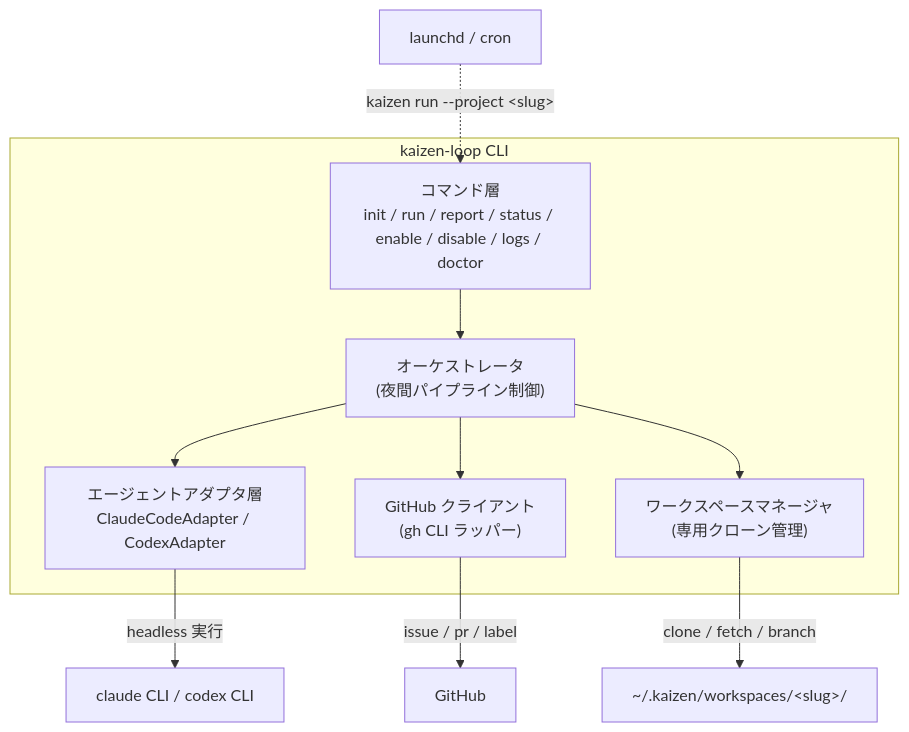
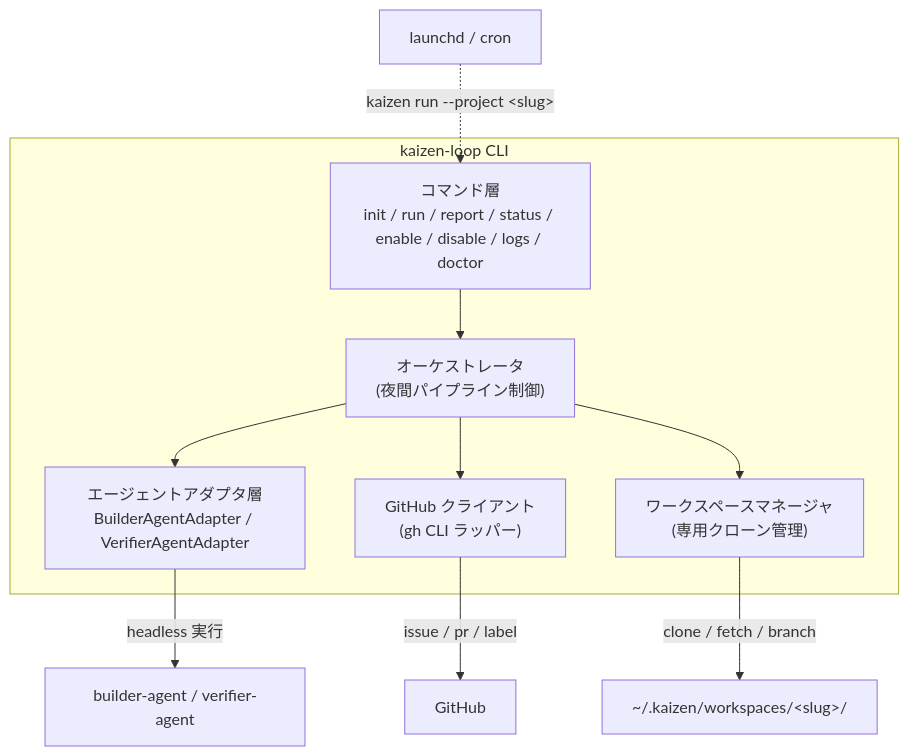
The diagram in docs/01-architecture.md (kaizen-agents-org/kaizen-loop), drawn with Mermaid before and after one commit. The commit also changed other lines of this file and 22 other files, not shown here.

Commit message:
Integrate builder and verifier agents

````diff
--- a/docs/01-architecture.md
+++ b/docs/01-architecture.md
@@ -7,18 +7,18 @@
 ```mermaid
 flowchart TB
     subgraph cli["kaizen-loop CLI"]
         CMD["コマンド層<br/>init / run / report / status / enable / disable / logs / doctor"]
         ORCH["オーケストレータ<br/>(夜間パイプライン制御)"]
-        ADAPT["エージェントアダプタ層<br/>ClaudeCodeAdapter / CodexAdapter"]
+        ADAPT["エージェントアダプタ層<br/>BuilderAgentAdapter / VerifierAgentAdapter"]
         GHC["GitHub クライアント<br/>(gh CLI ラッパー)"]
         WSM["ワークスペースマネージャ<br/>(専用クローン管理)"]
     end
     CMD --> ORCH
     ORCH --> ADAPT
     ORCH --> GHC
     ORCH --> WSM
-    ADAPT -->|"headless 実行"| EXT1["claude CLI / codex CLI"]
+    ADAPT -->|"headless 実行"| EXT1["builder-agent / verifier-agent"]
     GHC -->|"issue / pr / label"| EXT2["GitHub"]
     WSM -->|"clone / fetch / branch"| EXT3["~/.kaizen/workspaces/&lt;slug&gt;/"]
     SCHED["launchd / cron"] -.->|"kaizen run --project &lt;slug&gt;"| CMD
 ```
````
